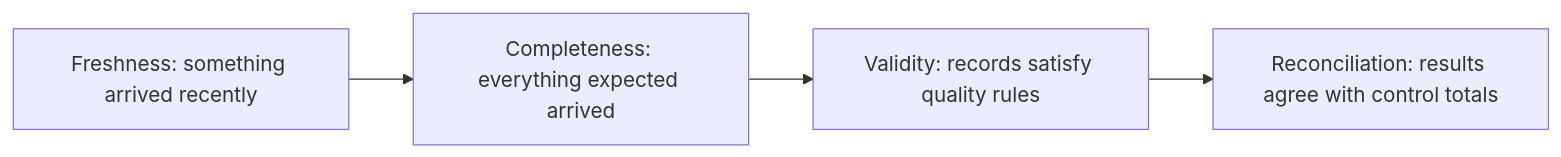
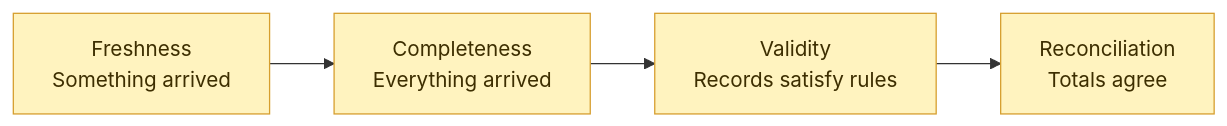
The second of 2 diagrams in 02 dbt/03 Testing Documentation and Data Quality/23 Source Freshness and SLA Monitoring.md (shonningsoy/Upskill), drawn with Mermaid before and after one commit. The commit also changed other lines of this file and 31 other files, not shown here.

````diff
--- a/02 dbt/03 Testing Documentation and Data Quality/23 Source Freshness and SLA Monitoring.md
+++ b/02 dbt/03 Testing Documentation and Data Quality/23 Source Freshness and SLA Monitoring.md
@@ -89,6 +101,13 @@
 ```mermaid
 flowchart LR
-    A[Freshness: something arrived recently] --> B[Completeness: everything expected arrived]
-    B --> C[Validity: records satisfy quality rules]
-    C --> D[Reconciliation: results agree with control totals]
+    A[Freshness<br/>Something arrived] --> B[Completeness<br/>Everything arrived]
+    B --> C[Validity<br/>Records satisfy rules]
+    C --> D[Reconciliation<br/>Totals agree]
+
+    class A,B,C,D control
+    classDef input fill:#E8F0FE,stroke:#4C6EF5,color:#172B4D
+    classDef control fill:#FFF3BF,stroke:#D69E2E,color:#3D2E00
+    classDef dbt fill:#E6FCF5,stroke:#2F9E7B,color:#123C34
+    classDef platform fill:#F1F3F5,stroke:#868E96,color:#212529
+    classDef output fill:#F3E8FF,stroke:#805AD5,color:#2D1B4E
 ```
````
